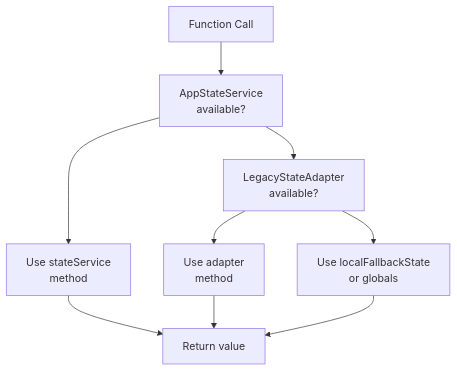
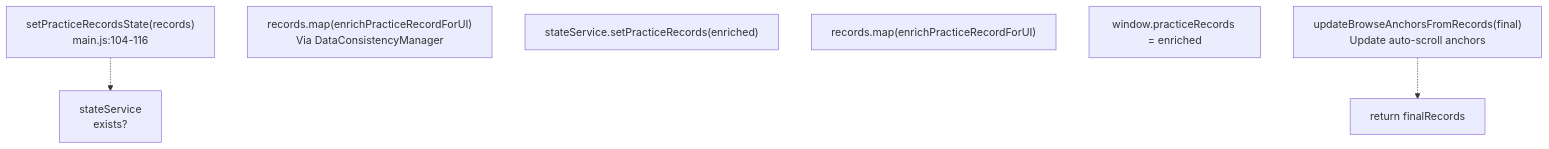
The ninth of 11 diagrams in developer/doc/Wiki/Legacy-Compatibility-&-State-Bridges.md (sallowayma-git/IELTS-practice), drawn with Mermaid before and after one commit. The commit also changed other lines of this file and 84 other files, not shown here.

````diff
--- a/developer/doc/Wiki/Legacy-Compatibility-&-State-Bridges.md
+++ b/developer/doc/Wiki/Legacy-Compatibility-&-State-Bridges.md
@@ -204,20 +719,15 @@
 ```mermaid
 flowchart TD
 
-CALL["Function Call"]
-CHECK_SERVICE["AppStateService<br>available?"]
-USE_SERVICE["Use stateService<br>method"]
-CHECK_ADAPTER["LegacyStateAdapter<br>available?"]
-USE_ADAPTER["Use adapter<br>method"]
-USE_FALLBACK["Use localFallbackState<br>or globals"]
-RETURN["Return value"]
+SET["setPracticeRecordsState(records)<br>main.js:104-116"]
+CHECK_SS["stateService<br>exists?"]
+ENRICH_MODERN["records.map(enrichPracticeRecordForUI)<br>Via DataConsistencyManager"]
+SET_SS["stateService.setPracticeRecords(enriched)"]
+ENRICH_LEGACY["records.map(enrichPracticeRecordForUI)"]
+SET_GV["window.practiceRecords = enriched"]
+UPDATE["updateBrowseAnchorsFromRecords(final)<br>Update auto-scroll anchors"]
+RETURN["return finalRecords"]
 
-CALL --> CHECK_SERVICE
-CHECK_SERVICE --> USE_SERVICE
-CHECK_SERVICE --> CHECK_ADAPTER
-CHECK_ADAPTER --> USE_ADAPTER
-CHECK_ADAPTER --> USE_FALLBACK
-USE_SERVICE --> RETURN
-USE_ADAPTER --> RETURN
-USE_FALLBACK --> RETURN
+SET -.-> CHECK_SS
+UPDATE -.-> RETURN
 ```
````
